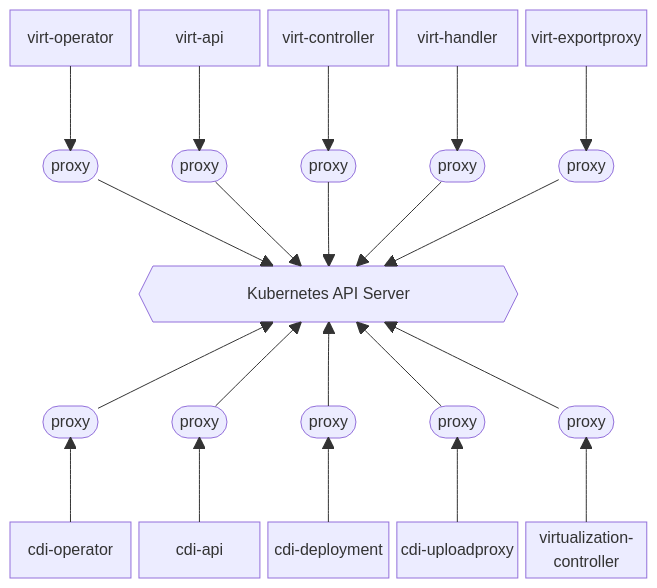
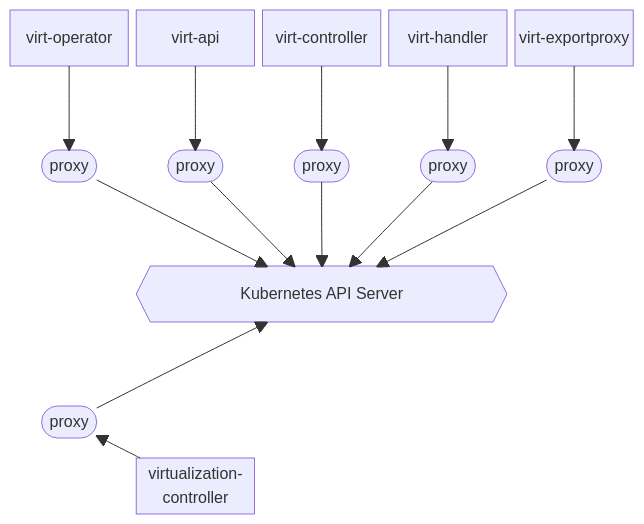
The third of 6 diagrams in images/kube-api-rewriter/STRUCTURE.md (deckhouse/virtualization), drawn with Mermaid before and after one commit. The commit also changed other lines of this file and 8649 other files, not shown here.

````diff
--- a/images/kube-api-rewriter/STRUCTURE.md
+++ b/images/kube-api-rewriter/STRUCTURE.md
@@ -184,70 +141,52 @@
 ```mermaid
 block-beta
     columns 5
     
     %% Main containers in kubevirt Pods
     virtoperator["virt-operator"]
     virtapi["virt-api"]
     virtcontroller["virt-controller"]
     virthandler["virt-handler"]
     virtexportproxy["virt-exportproxy"]
 
     %% Space for links.
     space:5
     %% Links between containers.
     virtoperator --> virtoperatorproxy
     %%virtoperatorproxy --> virtoperator
     virtapi --> virtapiproxy
     virtcontroller --> virtcontrollerproxy
     virthandler --> virthandlerproxy
     virtexportproxy --> virtexportproxyproxy
     
     %% Proxies in kubevirt Pods.
     virtoperatorproxy(["proxy"])
     virtapiproxy(["proxy"])
     virtcontrollerproxy(["proxy"])
     virthandlerproxy(["proxy"])
     virtexportproxyproxy(["proxy"])
 
     space:5
 
     space
     kubeapiserver{{"Kubernetes API Server"}}:3
     space
 
     virtoperatorproxy --> kubeapiserver
     %%kubeapiserver --> virtoperatorproxy
     virtapiproxy --> kubeapiserver
     virtcontrollerproxy --> kubeapiserver
     virthandlerproxy --> kubeapiserver
     virtexportproxyproxy --> kubeapiserver
 
     space:5
-    cdioperatorproxy --> kubeapiserver
-    cdiapiproxy --> kubeapiserver
-    cdideploymentproxy --> kubeapiserver
-    cdiuploadproxyproxy --> kubeapiserver
     virtualizationcontrollerproxy --> kubeapiserver
 
-    %% Proxies in CDI Pods.
-    cdioperatorproxy(["proxy"])
-    cdiapiproxy(["proxy"])
-    cdideploymentproxy(["proxy"])
-    cdiuploadproxyproxy(["proxy"])
     virtualizationcontrollerproxy(["proxy"])
 
-    %% Links inside CDI Pods.
     space:5
-    cdioperator --> cdioperatorproxy
-    cdiapi--> cdiapiproxy
-    cdideployment --> cdideploymentproxy
-    cdiuploadproxy --> cdiuploadproxyproxy
     virtualizationcontroller --> virtualizationcontrollerproxy
     
-    cdioperator["cdi-operator"]
-    cdiapi["cdi-api"]
-    cdideployment["cdi-deployment"]
-    cdiuploadproxy["cdi-uploadproxy"]
     virtualizationcontroller["virtualization-
     controller"]
 ```
````
